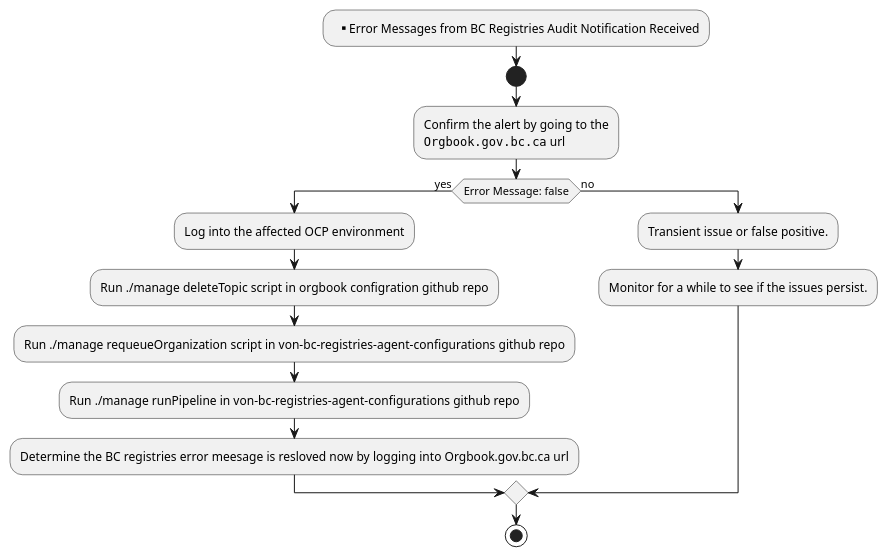
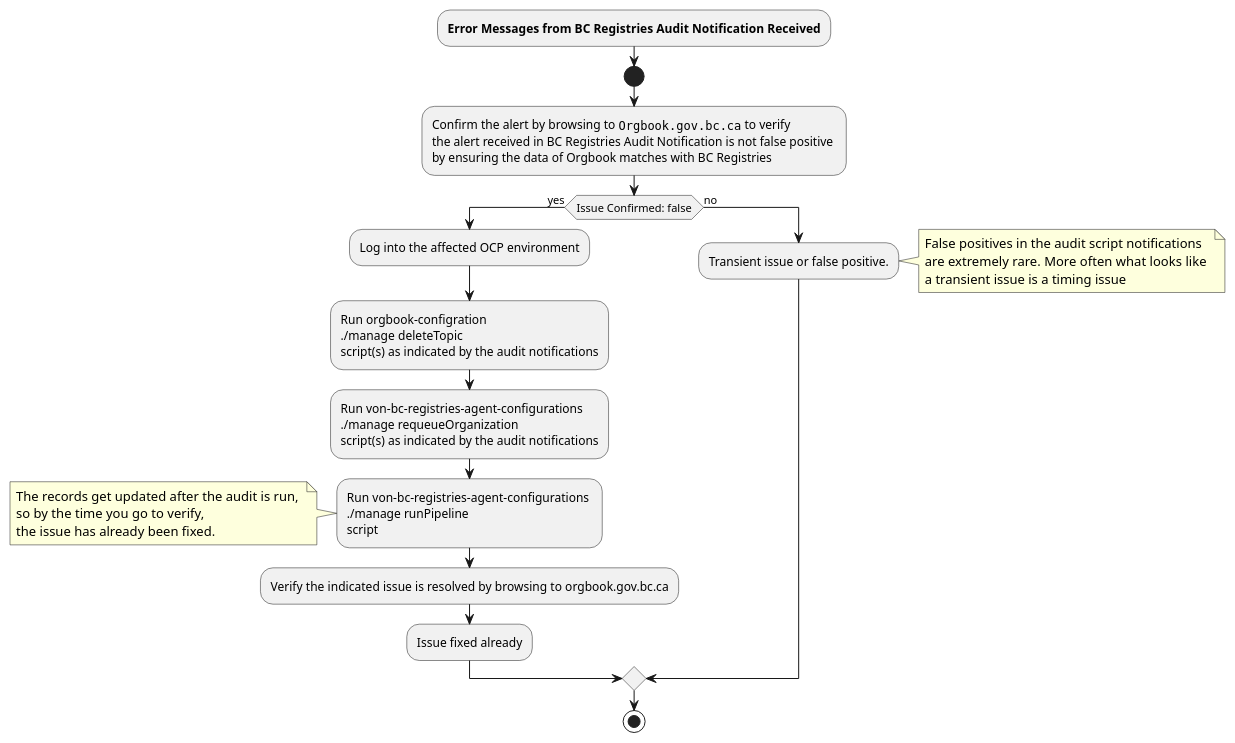
The diagram in docs/diagrams/bc-registries-audit-decision-tree.puml (bcgov/DITP-DevOps), drawn with PlantUML before and after one commit. The commit also changed 5 other files, not shown here.

```diff
--- a/docs/diagrams/bc-registries-audit-decision-tree.puml
+++ b/docs/diagrams/bc-registries-audit-decision-tree.puml
@@ -1,18 +1,29 @@
 @startuml
 
-:**Error Messages from BC Registries Audit Notification Received;
+:**Error Messages from BC Registries Audit Notification Received**;
 start
-:Confirm the alert by going to the 
-""Orgbook.gov.bc.ca"" url;
-if (Error Message: false) then (yes)
+:Confirm the alert by browsing to ""Orgbook.gov.bc.ca"" to verify 
+the alert received in BC Registries Audit Notification is not false positive 
+by ensuring the data of Orgbook matches with BC Registries;
+if (Issue Confirmed: false) then (yes)
   :Log into the affected OCP environment;
-  :Run ./manage deleteTopic script in orgbook configration github repo; 
-  :Run ./manage requeueOrganization script in von-bc-registries-agent-configurations github repo;
-  :Run ./manage runPipeline in von-bc-registries-agent-configurations github repo;
-  :Determine the BC registries error meesage is resloved now by logging into Orgbook.gov.bc.ca url;
-else (no)
+  :Run orgbook-configration \n./manage deleteTopic \nscript(s) as indicated by the audit notifications; 
+  :Run von-bc-registries-agent-configurations \n./manage requeueOrganization \nscript(s) as indicated by the audit notifications;
+  :Run von-bc-registries-agent-configurations \n./manage runPipeline \nscript;
+  note left
+      The records get updated after the audit is run, 
+      so by the time you go to verify, 
+      the issue has already been fixed.
+    end note
+  :Verify the indicated issue is resolved by browsing to orgbook.gov.bc.ca;
+  :Issue fixed already;
+  else (no)
     :Transient issue or false positive.;
-    :Monitor for a while to see if the issues persist.;
+      note right
+False positives in the audit script notifications 
+are extremely rare. More often what looks like 
+a transient issue is a timing issue
+    end note
 endif
 stop
 @enduml
```
